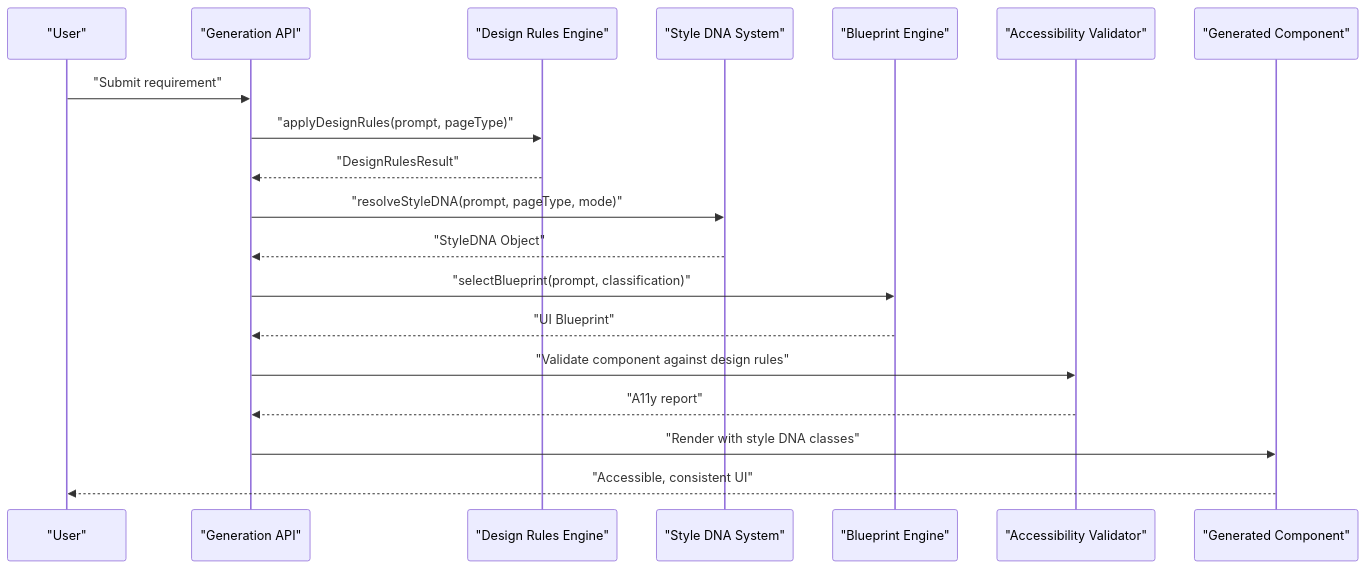
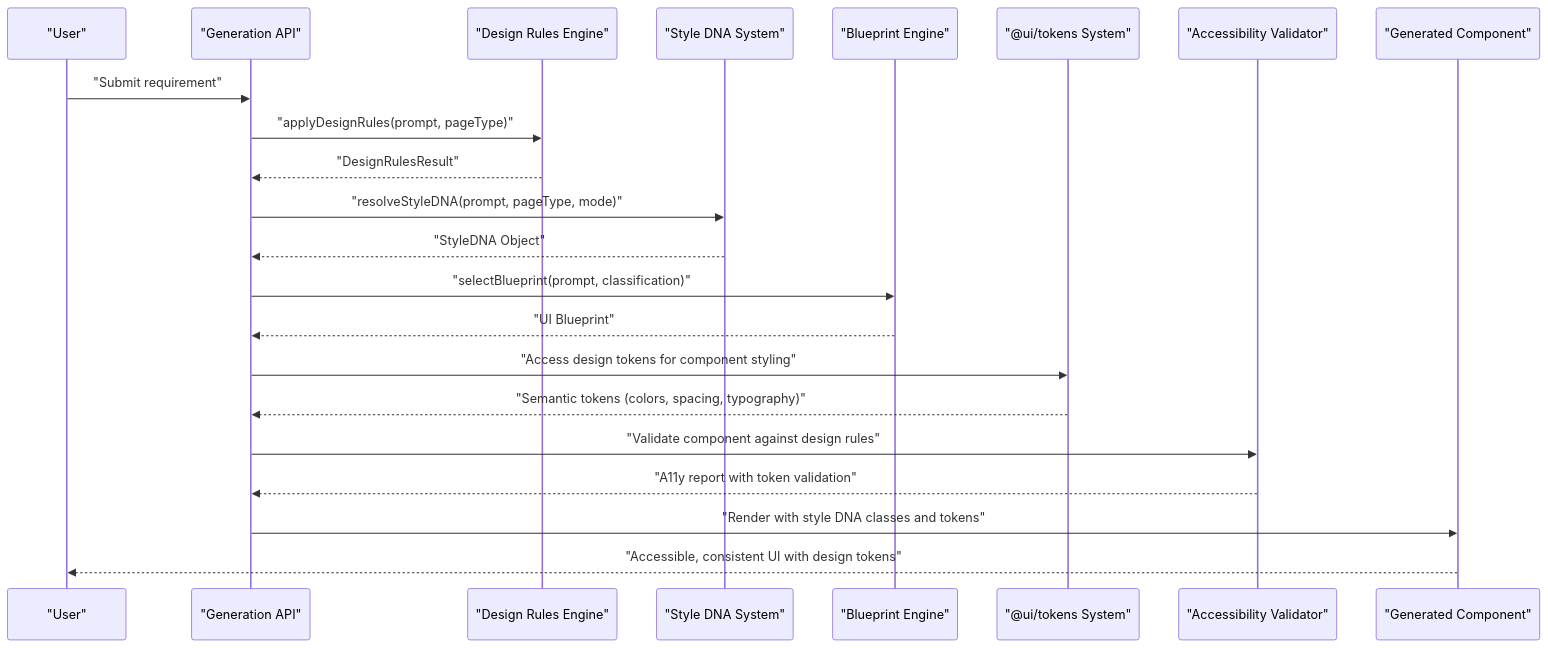
One commit to shekhargiri005-dotcom/AI-powered-accessibility-first-UI-engine changed the second of 9 diagrams in .qoder/repowiki/en/content/UI Component System/Design System Integration.md. Above: the diagram before and after it, drawn with Mermaid. The commit also changed other lines of this file and 22 other files, not shown here.

````diff
--- a/.qoder/repowiki/en/content/UI Component System/Design System Integration.md
+++ b/.qoder/repowiki/en/content/UI Component System/Design System Integration.md
@@ -261,21 +317,24 @@
 ```mermaid
 sequenceDiagram
 participant User as "User"
 participant API as "Generation API"
 participant Engine as "Design Rules Engine"
 participant StyleDNA as "Style DNA System"
 participant Blueprint as "Blueprint Engine"
+participant Tokens as "@ui/tokens System"
 participant Validator as "Accessibility Validator"
 participant Renderer as "Generated Component"
 User->>API : "Submit requirement"
 API->>Engine : "applyDesignRules(prompt, pageType)"
 Engine-->>API : "DesignRulesResult"
 API->>StyleDNA : "resolveStyleDNA(prompt, pageType, mode)"
 StyleDNA-->>API : "StyleDNA Object"
 API->>Blueprint : "selectBlueprint(prompt, classification)"
 Blueprint-->>API : "UI Blueprint"
+API->>Tokens : "Access design tokens for component styling"
+Tokens-->>API : "Semantic tokens (colors, spacing, typography)"
 API->>Validator : "Validate component against design rules"
-Validator-->>API : "A11y report"
-API->>Renderer : "Render with style DNA classes"
-Renderer-->>User : "Accessible, consistent UI"
+Validator-->>API : "A11y report with token validation"
+API->>Renderer : "Render with style DNA classes and tokens"
+Renderer-->>User : "Accessible, consistent UI with design tokens"
 ```
````
